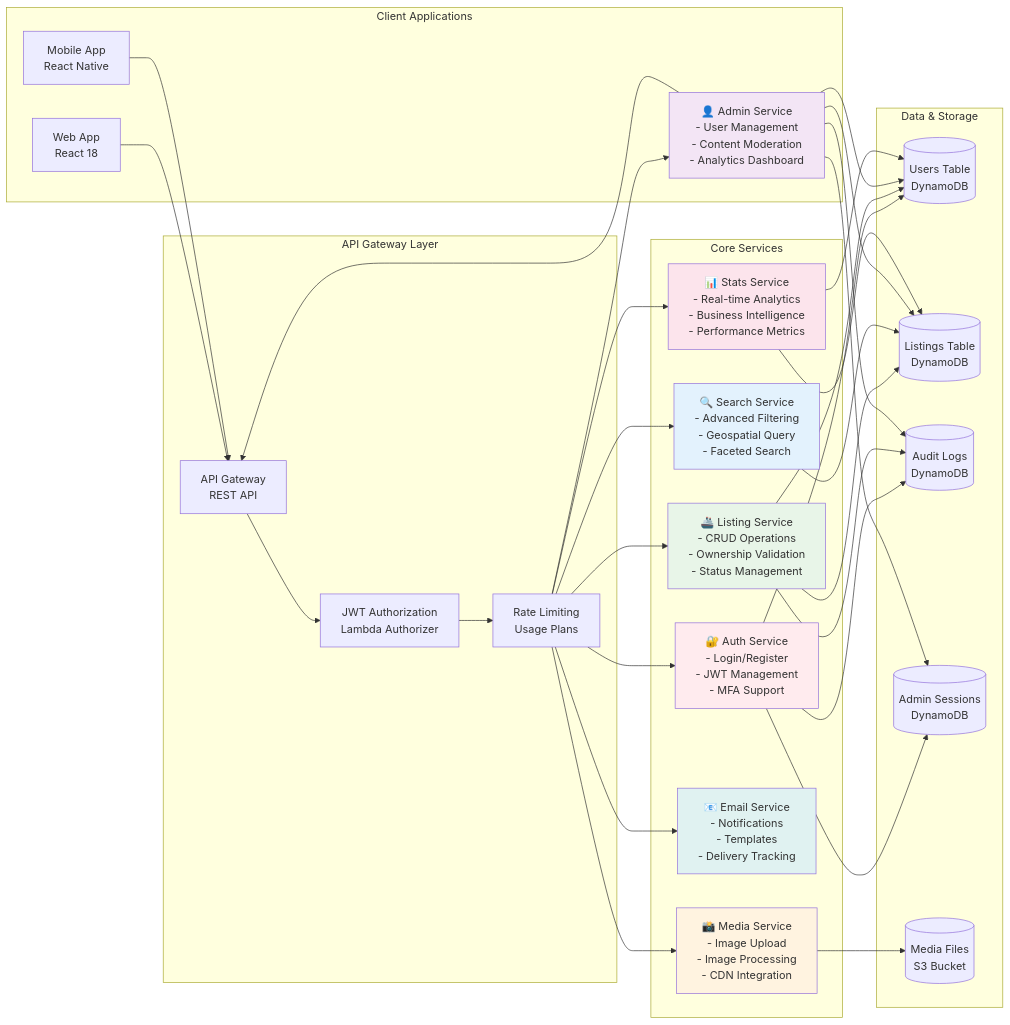
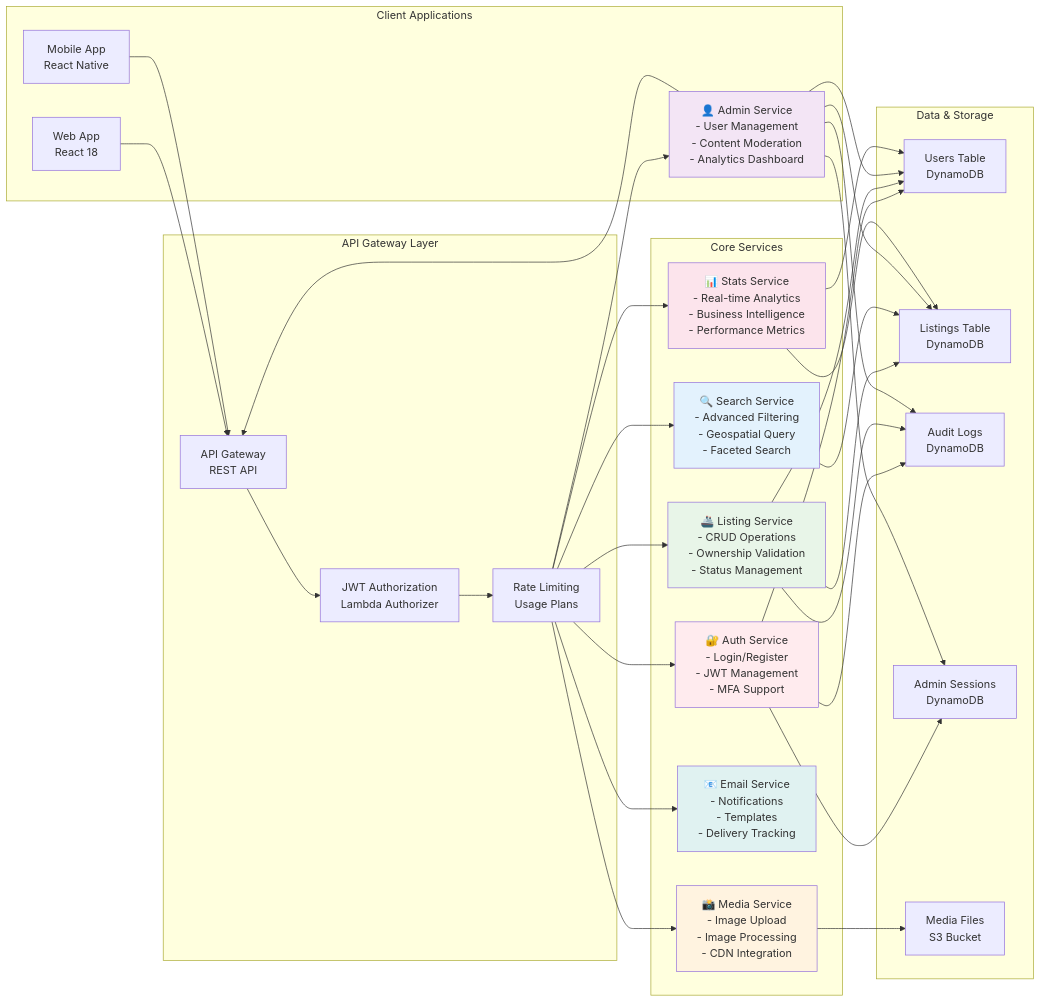
One commit to felixep/harborlist-marketplace changed the second of 8 diagrams in docs/architecture/README.md. Above: the diagram before and after it, drawn with Mermaid. The commit also changed other lines of this file and 3 other files, not shown here.

First line of the commit message:
Fix Mermaid diagram syntax errors

````diff
--- a/docs/architecture/README.md
+++ b/docs/architecture/README.md
@@ -145,81 +145,81 @@
 ```mermaid
 graph LR
     subgraph "Client Applications"
         Web[Web App<br/>React 18]
         Mobile[Mobile App<br/>React Native]
         Admin[Admin Portal<br/>React Dashboard]
     end
     
     subgraph "API Gateway Layer"
         Gateway[API Gateway<br/>REST API]
         AuthZ[JWT Authorization<br/>Lambda Authorizer]
         RateLimit[Rate Limiting<br/>Usage Plans]
     end
     
     subgraph "Core Services"
         Auth[🔐 Auth Service<br/>- Login/Register<br/>- JWT Management<br/>- MFA Support]
         
         Listing[🚢 Listing Service<br/>- CRUD Operations<br/>- Ownership Validation<br/>- Status Management]
         
         Search[🔍 Search Service<br/>- Advanced Filtering<br/>- Geospatial Query<br/>- Faceted Search]
         
         Admin[👤 Admin Service<br/>- User Management<br/>- Content Moderation<br/>- Analytics Dashboard]
         
         Media[📸 Media Service<br/>- Image Upload<br/>- Image Processing<br/>- CDN Integration]
         
         Email[📧 Email Service<br/>- Notifications<br/>- Templates<br/>- Delivery Tracking]
         
         Stats[📊 Stats Service<br/>- Real-time Analytics<br/>- Business Intelligence<br/>- Performance Metrics]
     end
     
     subgraph "Data & Storage"
-        Users[(Users Table<br/>DynamoDB)]
-        Listings[(Listings Table<br/>DynamoDB)]
-        AuditLogs[(Audit Logs<br/>DynamoDB)]
-        Sessions[(Admin Sessions<br/>DynamoDB)]
-        MediaBucket[(Media Files<br/>S3 Bucket)]
+        Users[Users Table<br/>DynamoDB]
+        Listings[Listings Table<br/>DynamoDB]
+        AuditLogs[Audit Logs<br/>DynamoDB]
+        Sessions[Admin Sessions<br/>DynamoDB]
+        MediaBucket[Media Files<br/>S3 Bucket]
     end
     
     Web --> Gateway
     Mobile --> Gateway
     Admin --> Gateway
     
     Gateway --> AuthZ
     AuthZ --> RateLimit
     
     RateLimit --> Auth
     RateLimit --> Listing
     RateLimit --> Search
     RateLimit --> Admin
     RateLimit --> Media
     RateLimit --> Email
     RateLimit --> Stats
     
     Auth --> Users
     Auth --> Sessions
     Auth --> AuditLogs
     
     Listing --> Listings
     Listing --> Users
     Listing --> AuditLogs
     
     Search --> Listings
     
     Admin --> Users
     Admin --> Listings
     Admin --> AuditLogs
     Admin --> Sessions
     
     Media --> MediaBucket
     
     Stats --> Users
     Stats --> Listings
     
     style Auth fill:#ffebee
     style Listing fill:#e8f5e8
     style Search fill:#e3f2fd
     style Admin fill:#f3e5f5
     style Media fill:#fff3e0
     style Email fill:#e0f2f1
     style Stats fill:#fce4ec
 ```
````
